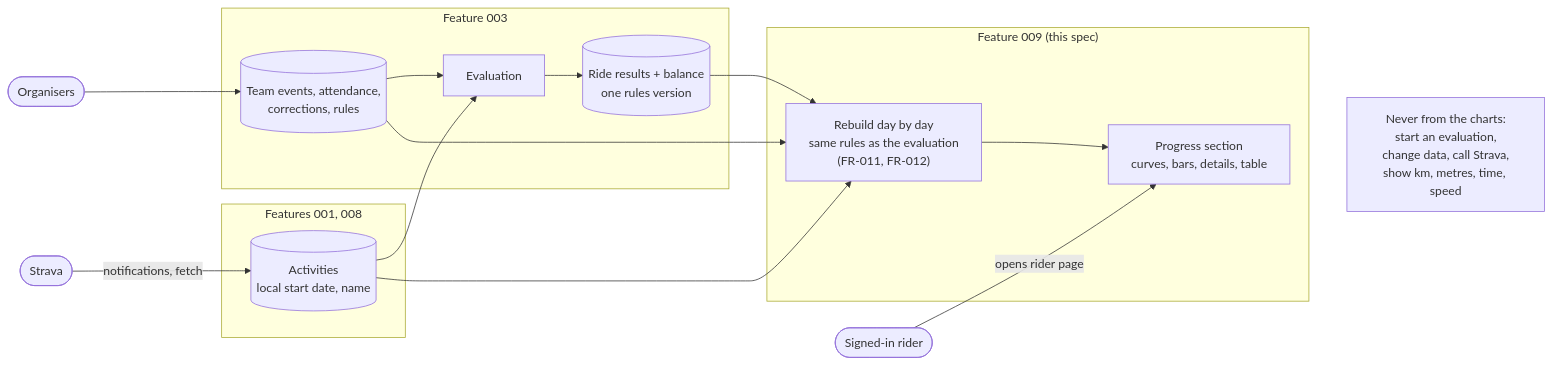
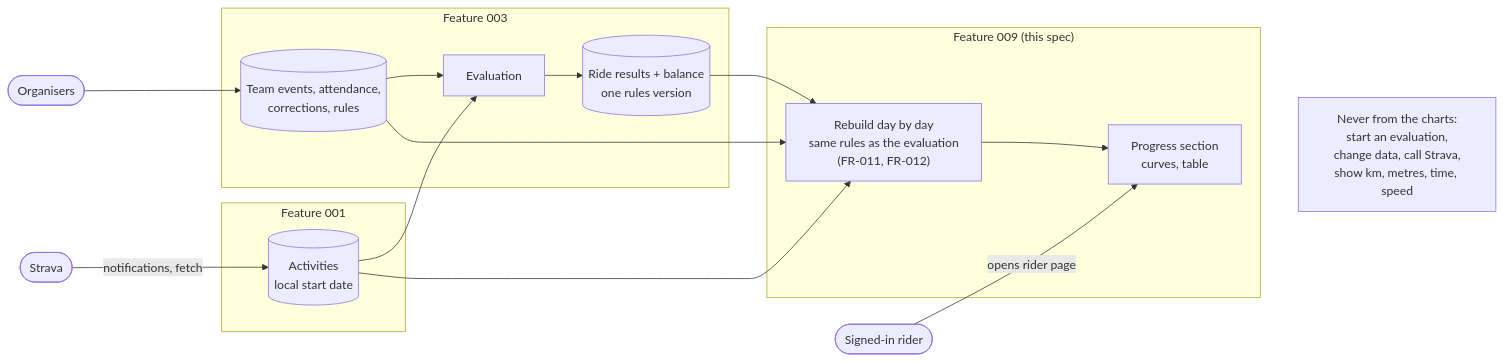
One commit to SaSteffen/RynkePoints changed the second of 9 diagrams in specs/009-rider-progress-charts/spec.md. Above: the diagram before and after it, drawn with Mermaid. The commit also changed other lines of this file, not shown here.

First line of the commit message:
docs: apply /speckit-clarify answers to rider progress charts

````diff
--- a/specs/009-rider-progress-charts/spec.md
+++ b/specs/009-rider-progress-charts/spec.md
@@ -653,28 +578,28 @@
 ```mermaid
 flowchart LR
     strava(["Strava"])
     org(["Organisers"])
     rider(["Signed-in rider"])
 
-    subgraph f001["Features 001, 008"]
-        acts[("Activities<br/>local start date, name")]
+    subgraph f001["Feature 001"]
+        acts[("Activities<br/>local start date")]
     end
 
     subgraph f003["Feature 003"]
         inputs[("Team events, attendance,<br/>corrections, rules")]
         eval["Evaluation"]
         stored[("Ride results + balance<br/>one rules version")]
     end
 
     subgraph f009["Feature 009 (this spec)"]
         rebuild["Rebuild day by day<br/>same rules as the evaluation<br/>(FR-011, FR-012)"]
-        charts["Progress section<br/>curves, bars, details, table"]
+        charts["Progress section<br/>curves, table"]
     end
 
     strava -->|notifications, fetch| acts
     org --> inputs
     acts & inputs --> eval --> stored
     stored & inputs & acts --> rebuild --> charts
     rider -->|opens rider page| charts
     charts ~~~ never["Never from the charts:<br/>start an evaluation,<br/>change data, call Strava,<br/>show km, metres, time, speed"]
 ```
````
